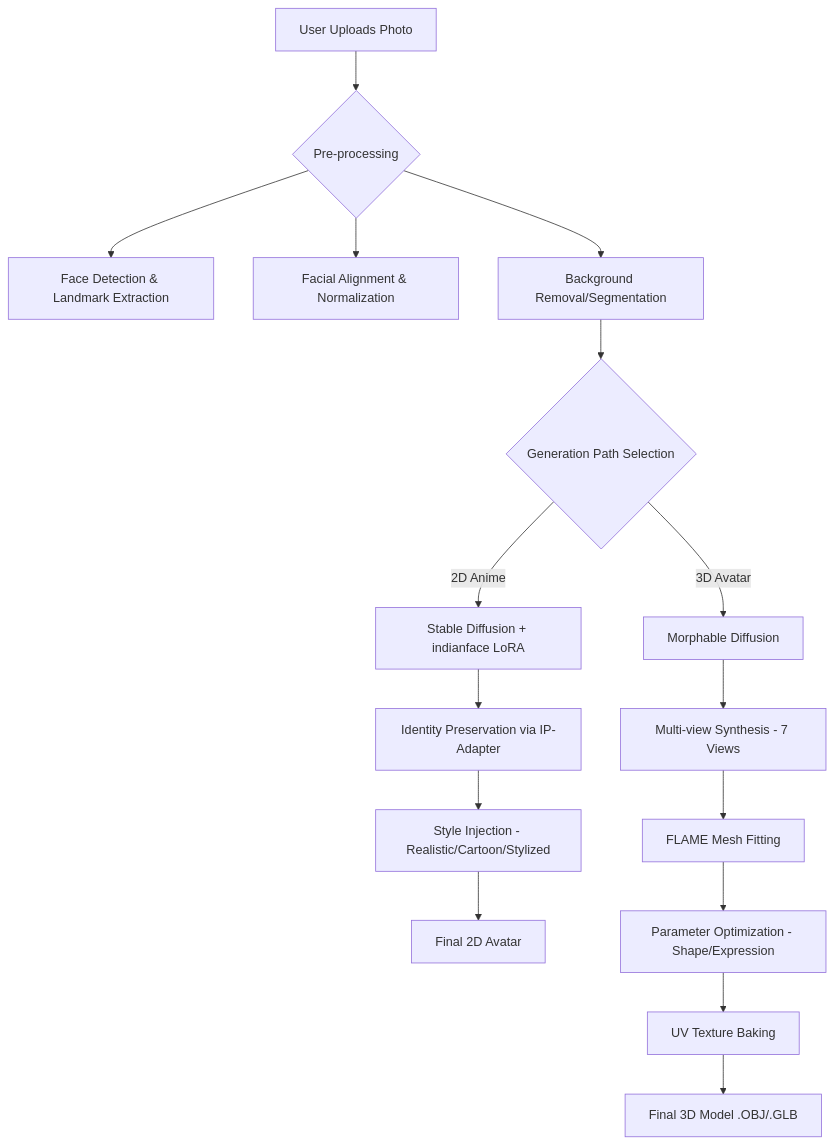
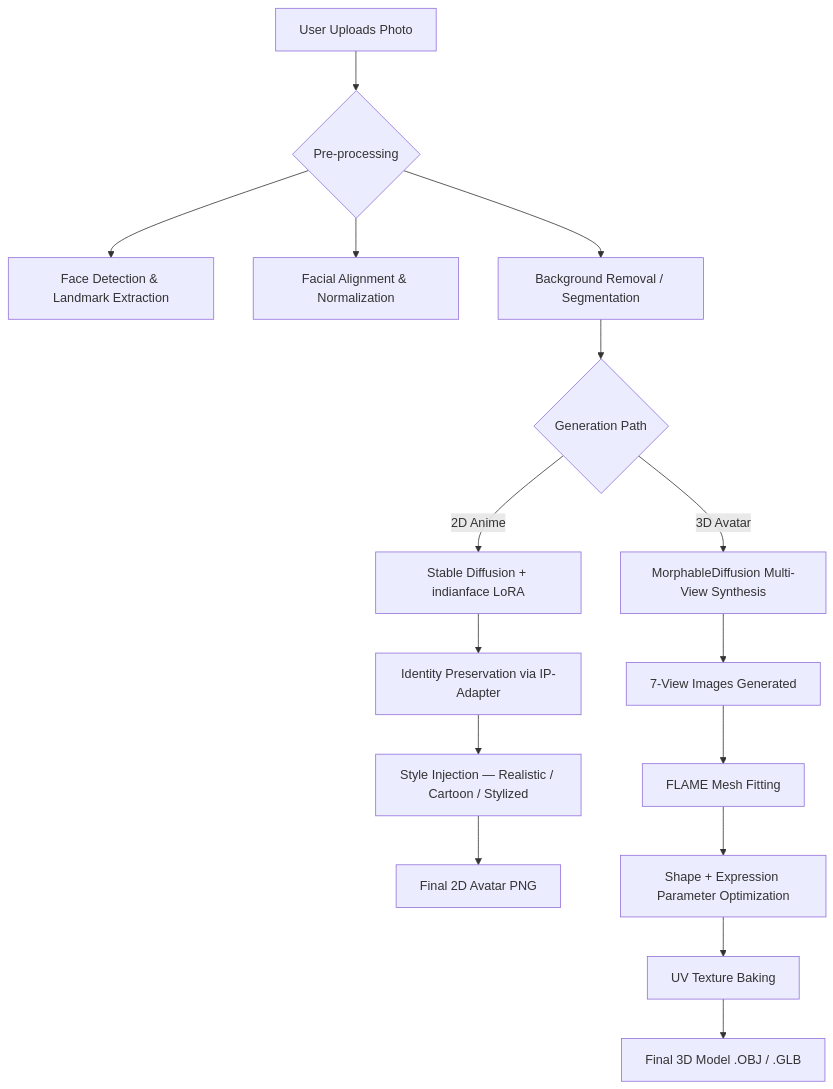
The diagram in README.md (Dhruvil1308/Single-Image-to-Stylized-3D), drawn with Mermaid before and after one commit. The commit also changed other lines of this file and 13 other files, not shown here.

````diff
--- a/README.md
+++ b/README.md
@@ -15,21 +20,21 @@
 ```mermaid
 graph TD
     A[User Uploads Photo] --> B{Pre-processing}
     B --> B1[Face Detection & Landmark Extraction]
     B --> B2[Facial Alignment & Normalization]
-    B --> B3[Background Removal/Segmentation]
-    
-    B3 --> C{Generation Path Selection}
-    
+    B --> B3[Background Removal / Segmentation]
+
+    B3 --> C{Generation Path}
+
     C -->|2D Anime| D[Stable Diffusion + indianface LoRA]
     D --> D1[Identity Preservation via IP-Adapter]
-    D1 --> D2[Style Injection - Realistic/Cartoon/Stylized]
-    D2 --> E[Final 2D Avatar]
-    
-    C -->|3D Avatar| F[Morphable Diffusion]
-    F --> F1[Multi-view Synthesis - 7 Views]
+    D1 --> D2[Style Injection — Realistic / Cartoon / Stylized]
+    D2 --> E[Final 2D Avatar PNG]
+
+    C -->|3D Avatar| F[MorphableDiffusion Multi-View Synthesis]
+    F --> F1[7-View Images Generated]
     F1 --> G[FLAME Mesh Fitting]
-    G --> G1[Parameter Optimization - Shape/Expression]
+    G --> G1[Shape + Expression Parameter Optimization]
     G1 --> G2[UV Texture Baking]
-    G2 --> H[Final 3D Model .OBJ/.GLB]
+    G2 --> H[Final 3D Model .OBJ / .GLB]
 ```
````
